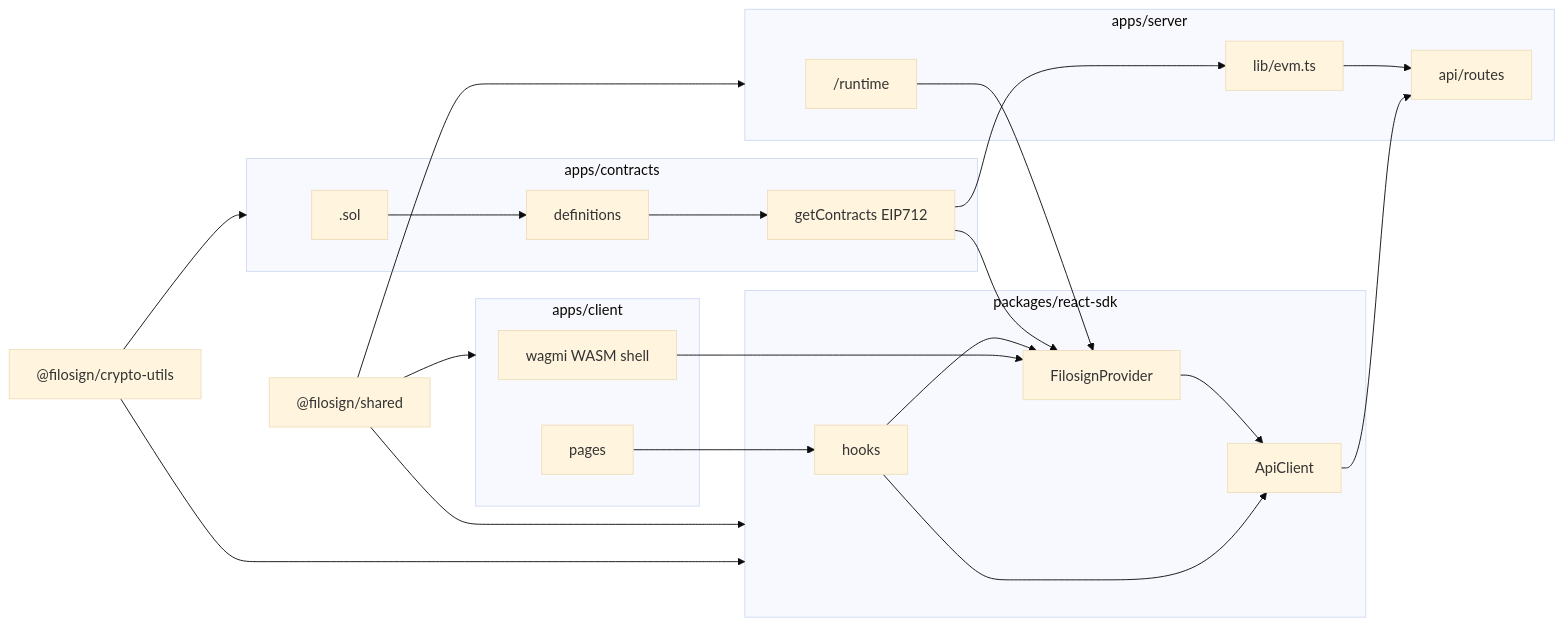
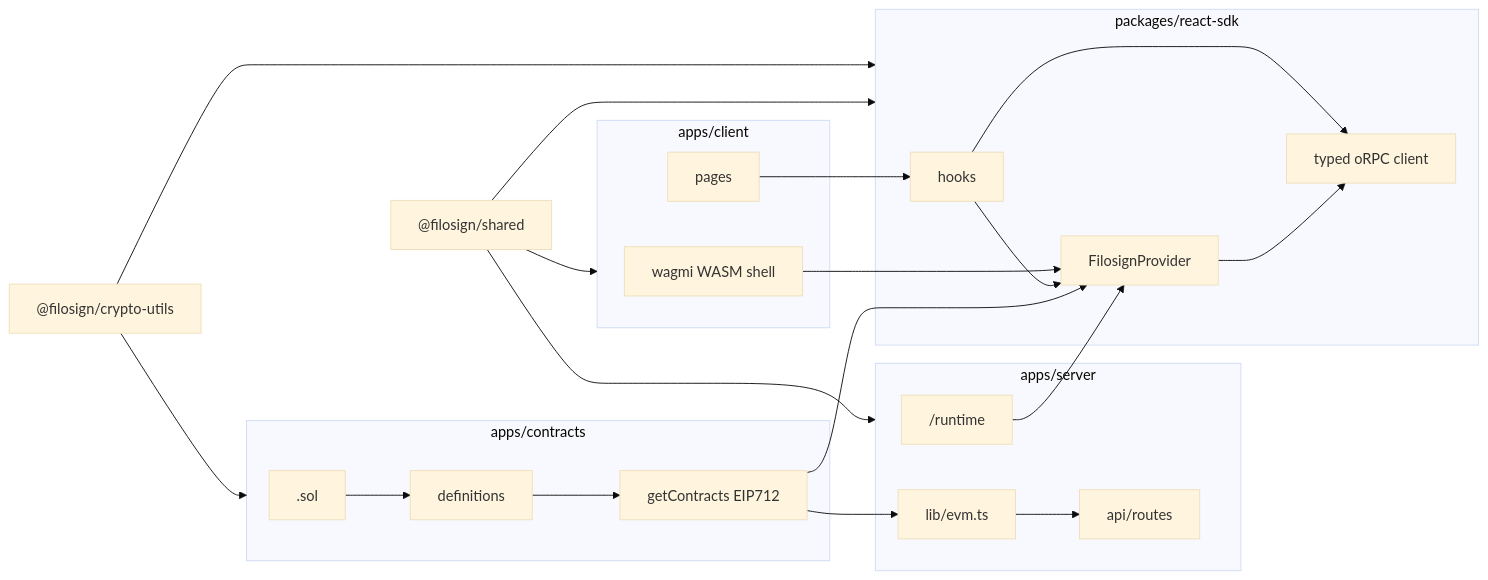
The diagram in AGENTS.md (hetairoi-labs/filosign), drawn with Mermaid (base theme) before and after one commit. The commit also changed other lines of this file and 17 other files, not shown here.

````diff
--- a/AGENTS.md
+++ b/AGENTS.md
@@ -34,36 +34,35 @@
 ```mermaid
 flowchart LR
   subgraph c [apps/contracts]
     S[.sol] --> D[definitions]
     D --> G[getContracts EIP712]
   end
   subgraph sv [apps/server]
     R["/runtime"]
     E[lib/evm.ts]
     Rt[api/routes]
   end
   subgraph sdk [packages/react-sdk]
     P[FilosignProvider]
-    A[ApiClient]
+    rpc[typed oRPC client]
     H[hooks]
   end
   subgraph cl [apps/client]
     W[wagmi WASM shell]
     PG[pages]
   end
   G --> E
   G --> P
   R --> P
   E --> Rt
-  P --> A
-  A --> Rt
-  H --> A
+  P --> rpc
+  H --> rpc
   H --> P
   W --> P
   PG --> H
   sh["@filosign/shared"] --> sv
   sh --> sdk
   sh --> cl
   cr["@filosign/crypto-utils"] --> sdk
   cr --> c
 ```
````
